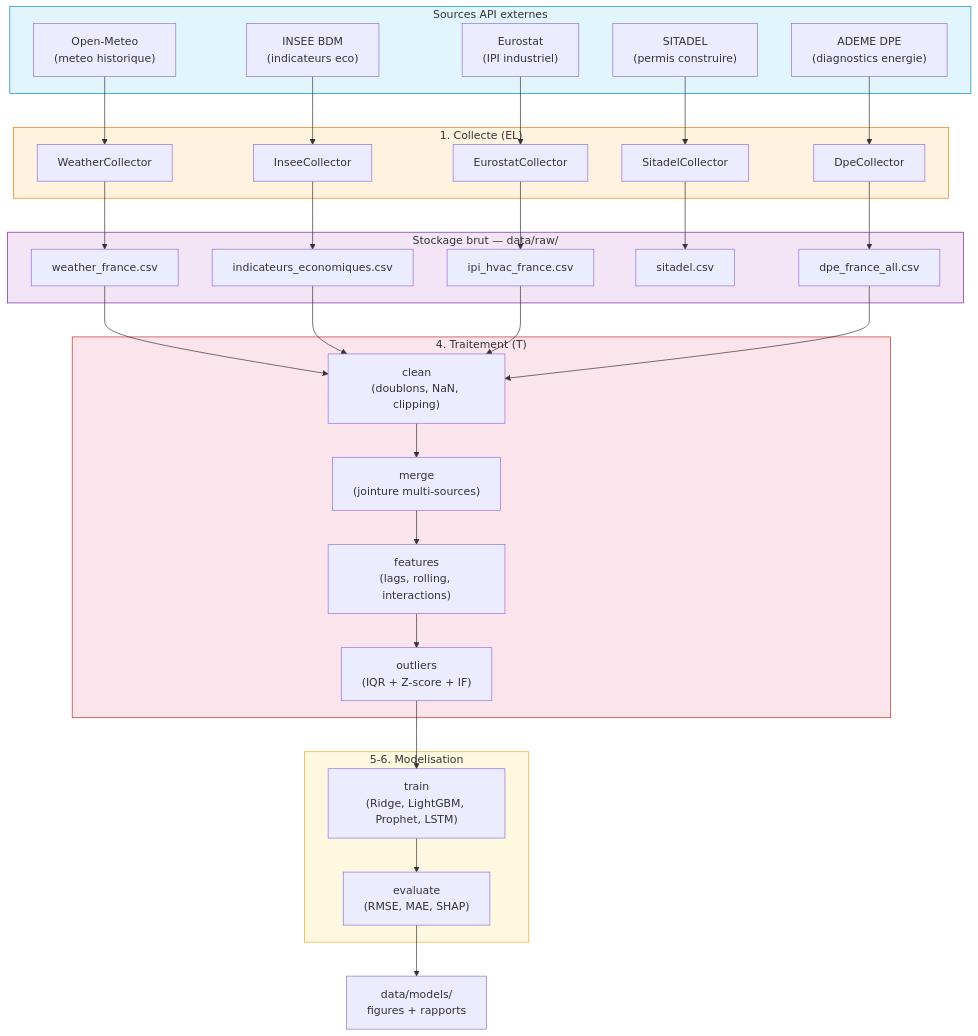
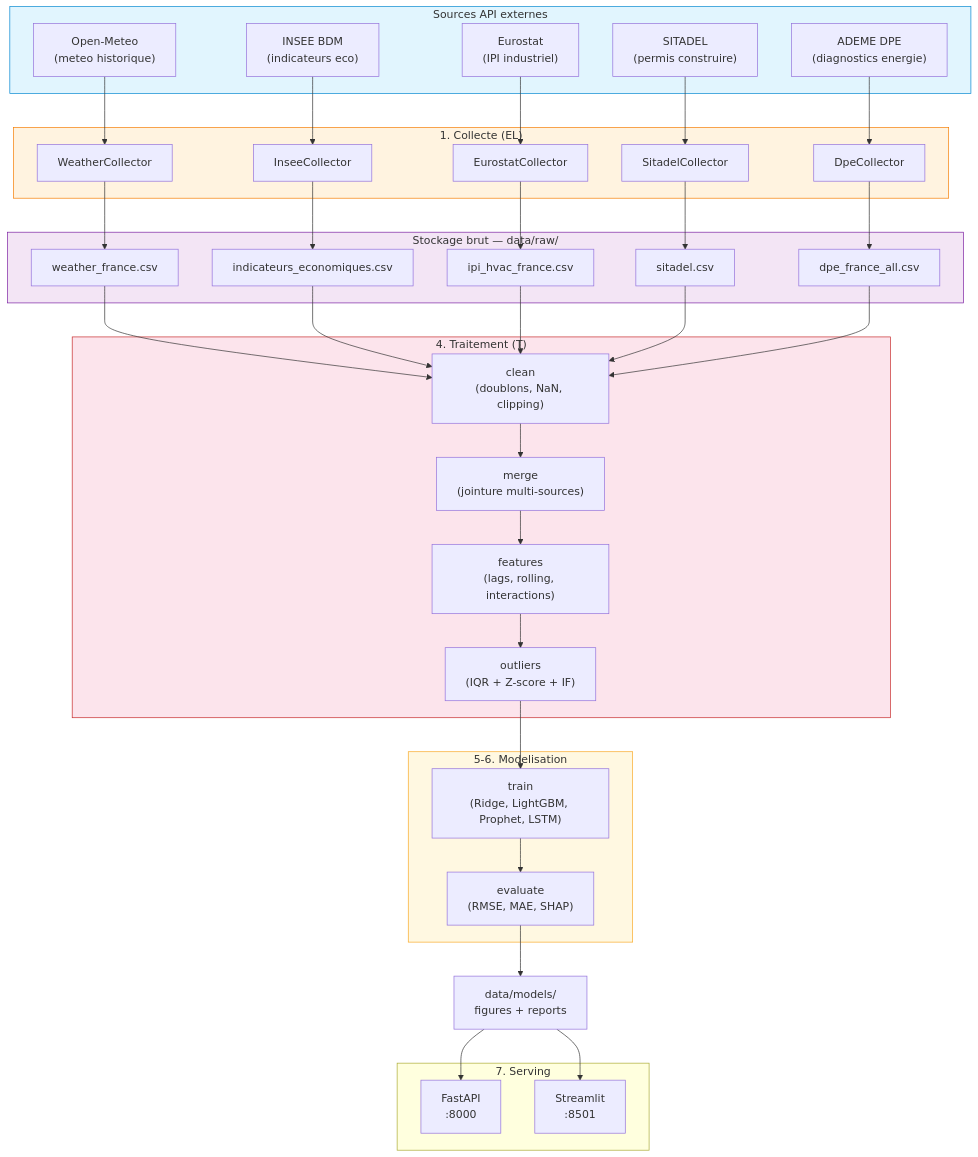
The first of 10 diagrams in docs/DATA_PIPELINE.md (PDUCLOS/Projet-HVAC), drawn with Mermaid before and after one commit. The commit also changed other lines of this file and 29 other files, not shown here.

````diff
--- a/docs/DATA_PIPELINE.md
+++ b/docs/DATA_PIPELINE.md
@@ -14,55 +14,63 @@
 ```mermaid
 flowchart TD
     subgraph Sources["Sources API externes"]
         S1["Open-Meteo\n(meteo historique)"]
         S2["INSEE BDM\n(indicateurs eco)"]
         S3["Eurostat\n(IPI industriel)"]
         S4["SITADEL\n(permis construire)"]
         S5["ADEME DPE\n(diagnostics energie)"]
     end
 
     subgraph Collect["1. Collecte (EL)"]
         C1["WeatherCollector"]
         C2["InseeCollector"]
         C3["EurostatCollector"]
         C4["SitadelCollector"]
         C5["DpeCollector"]
     end
 
     subgraph Raw["Stockage brut — data/raw/"]
         R1["weather_france.csv"]
         R2["indicateurs_economiques.csv"]
         R3["ipi_hvac_france.csv"]
         R4["sitadel.csv"]
         R5["dpe_france_all.csv"]
     end
 
     subgraph Process["4. Traitement (T)"]
         P1["clean\n(doublons, NaN, clipping)"]
         P2["merge\n(jointure multi-sources)"]
         P3["features\n(lags, rolling, interactions)"]
         P4["outliers\n(IQR + Z-score + IF)"]
     end
 
     subgraph ML["5-6. Modelisation"]
         M1["train\n(Ridge, LightGBM, Prophet, LSTM)"]
         M2["evaluate\n(RMSE, MAE, SHAP)"]
     end
 
     S1 --> C1 --> R1
     S2 --> C2 --> R2
     S3 --> C3 --> R3
     S4 --> C4 --> R4
     S5 --> C5 --> R5
 
-    R1 & R2 & R3 & R5 --> P1 --> P2 --> P3 --> P4
+    R1 & R2 & R3 & R4 & R5 --> P1 --> P2 --> P3 --> P4
     P4 --> M1 --> M2
 
-    M2 --> O2["data/models/\nfigures + rapports"]
+    M2 --> O2["data/models/\nfigures + reports"]
+
+    subgraph Serve["7. Serving"]
+        SRV1["FastAPI\n:8000"]
+        SRV2["Streamlit\n:8501"]
+    end
+
+    O2 --> SRV1
+    O2 --> SRV2
 
     style Sources fill:#e1f5fe,stroke:#0288d1
     style Collect fill:#fff3e0,stroke:#f57c00
     style Raw fill:#f3e5f5,stroke:#7b1fa2
     style Process fill:#fce4ec,stroke:#c62828
     style ML fill:#fff8e1,stroke:#f9a825
 ```
````
